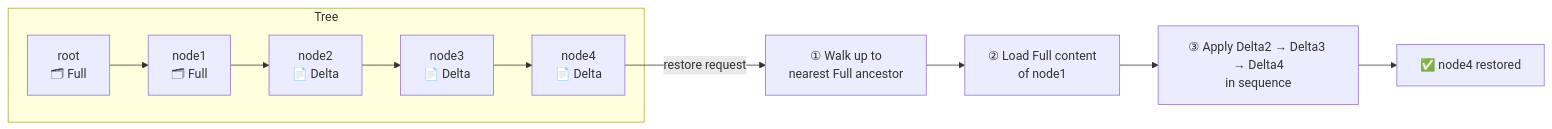
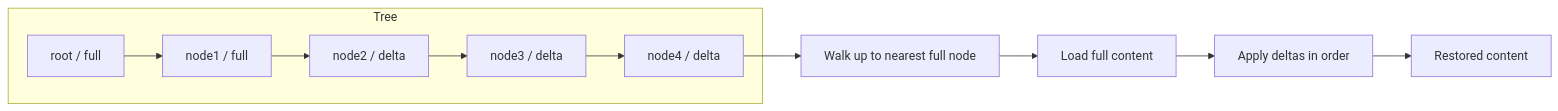
One commit to mmiyaji/vscode-undotree changed the sixth of 6 diagrams in README.md. Above: the diagram before and after it, drawn with Mermaid. The commit also changed other lines of this file and 10 other files, not shown here.

````diff
--- a/README.md
+++ b/README.md
@@ -167,16 +220,16 @@
 ```mermaid
 graph LR
   subgraph Tree
-    N0["root\n🗂 Full"]
-    N1["node1\n🗂 Full"]
-    N2["node2\n📄 Delta"]
-    N3["node3\n📄 Delta"]
-    N4["node4\n📄 Delta"]
+    N0["root / full"]
+    N1["node1 / full"]
+    N2["node2 / delta"]
+    N3["node3 / delta"]
+    N4["node4 / delta"]
     N0 --> N1 --> N2 --> N3 --> N4
   end
 
-  N4 -->|restore request| step1
-  step1["① Walk up to\nnearest Full ancestor"] --> step2
-  step2["② Load Full content\nof node1"] --> step3
-  step3["③ Apply Delta2 → Delta3 → Delta4\nin sequence"] --> result["✅ node4 restored"]
+  N4 --> step1["Walk up to nearest full node"]
+  step1 --> step2["Load full content"]
+  step2 --> step3["Apply deltas in order"]
+  step3 --> result["Restored content"]
 ```
````
